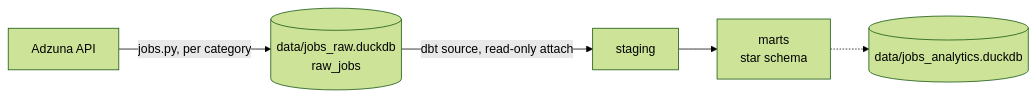
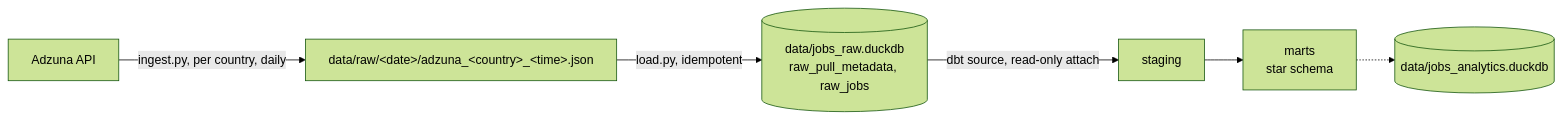
Before and after one commit to coalesce8/job-postings-warehouse: the diagram in README.md, drawn with Mermaid (forest theme). The commit also changed other lines of this file, not shown here.

````diff
--- a/README.md
+++ b/README.md
@@ -7,7 +7,8 @@
 ```mermaid
 flowchart LR
-    A[Adzuna API] -->|jobs.py, per category| B[(data/jobs_raw.duckdb<br/>raw_jobs)]
-    B -->|dbt source, read-only attach| C[staging]
-    C --> D[marts<br/>star schema]
-    D -.-> E[(data/jobs_analytics.duckdb)]
+    A[Adzuna API] -->|ingest.py, per country, daily| B[data/raw/&lt;date&gt;/adzuna_&lt;country&gt;_&lt;time&gt;.json]
+    B -->|load.py, idempotent| C[(data/jobs_raw.duckdb<br/>raw_pull_metadata, raw_jobs)]
+    C -->|dbt source, read-only attach| D[staging]
+    D --> E[marts<br/>star schema]
+    E -.-> F[(data/jobs_analytics.duckdb)]
 ```
````
